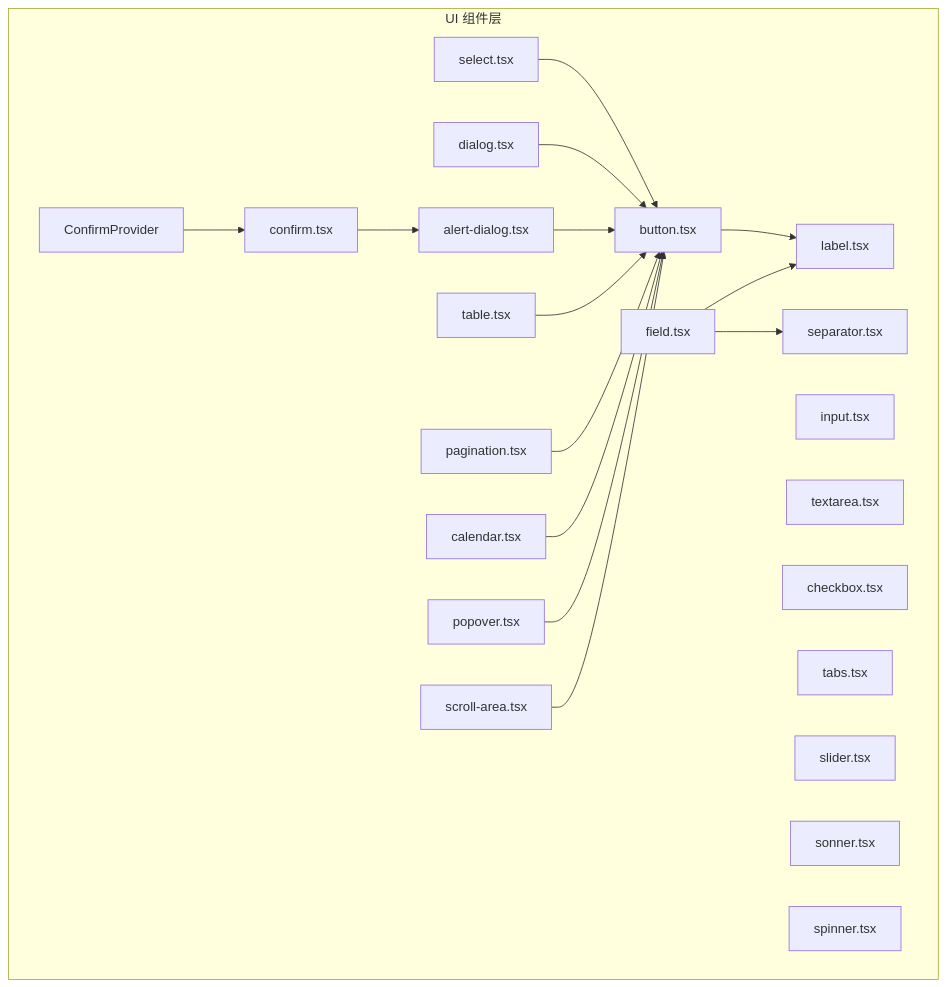
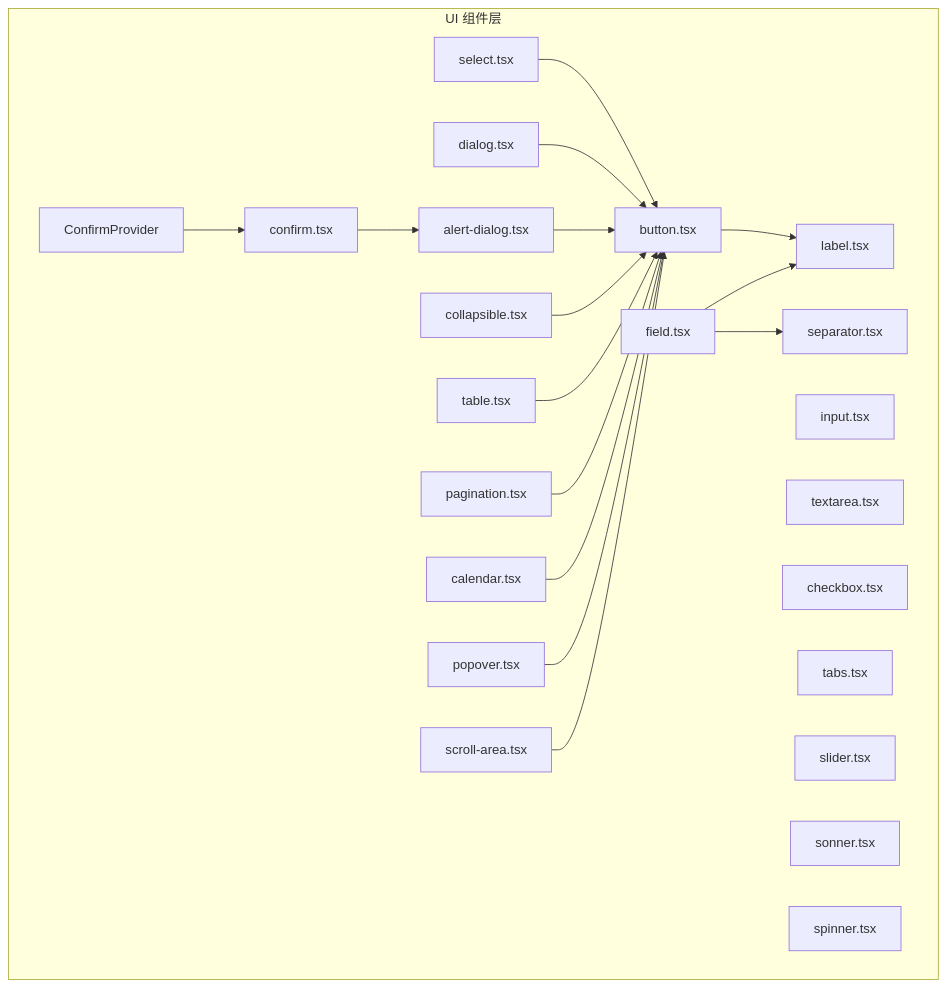
One commit to RadiumAg/AIGate changed the first of 3 diagrams in .qoder/repowiki/zh/content/前端组件/UI 组件库.md. Above: the diagram before and after it, drawn with Mermaid. The commit also changed other lines of this file and 13 other files, not shown here.

````diff
--- a/.qoder/repowiki/zh/content/前端组件/UI 组件库.md
+++ b/.qoder/repowiki/zh/content/前端组件/UI 组件库.md
@@ -63,39 +62,41 @@
 ```mermaid
 graph TB
 subgraph "UI 组件层"
 BTN["button.tsx"]
 INP["input.tsx"]
 TXT["textarea.tsx"]
 CHK["checkbox.tsx"]
 SEL["select.tsx"]
 DLG["dialog.tsx"]
 TAB["tabs.tsx"]
 POP["popover.tsx"]
 SLI["slider.tsx"]
 SEP["separator.tsx"]
 SCR["scroll-area.tsx"]
 TBL["table.tsx"]
 PAG["pagination.tsx"]
 CAL["calendar.tsx"]
 LAB["label.tsx"]
 FLD["field.tsx"]
 SON["sonner.tsx"]
 SPI["spinner.tsx"]
 ALERT["alert-dialog.tsx"]
 CONFIRM["confirm.tsx"]
 PROVIDER["ConfirmProvider"]
+COLLAPSIBLE["collapsible.tsx"]
 end
 BTN --> LAB
 SEL --> BTN
 DLG --> BTN
 ALERT --> BTN
 CONFIRM --> ALERT
 PROVIDER --> CONFIRM
+COLLAPSIBLE --> BTN
 TBL --> BTN
 PAG --> BTN
 CAL --> BTN
 FLD --> LAB
 FLD --> SEP
 POP --> BTN
 SCR --> BTN
 ```
````
